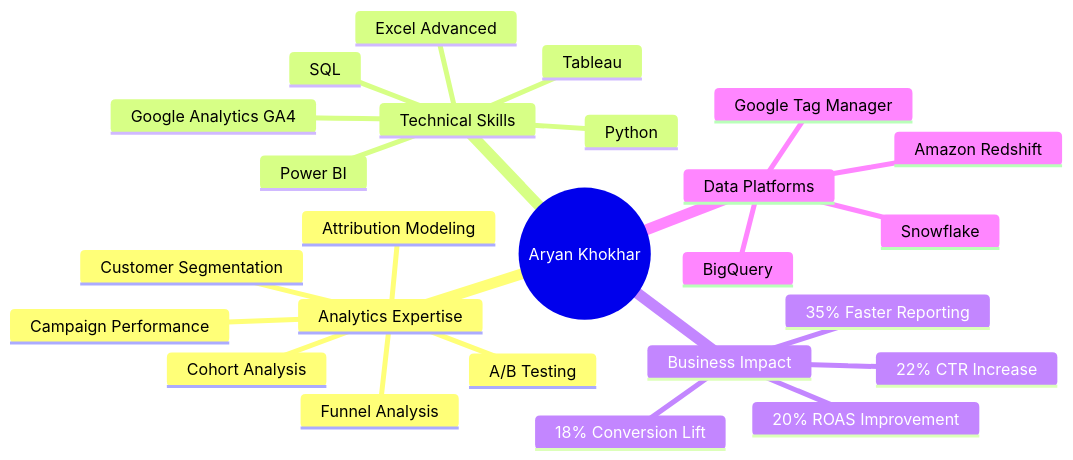
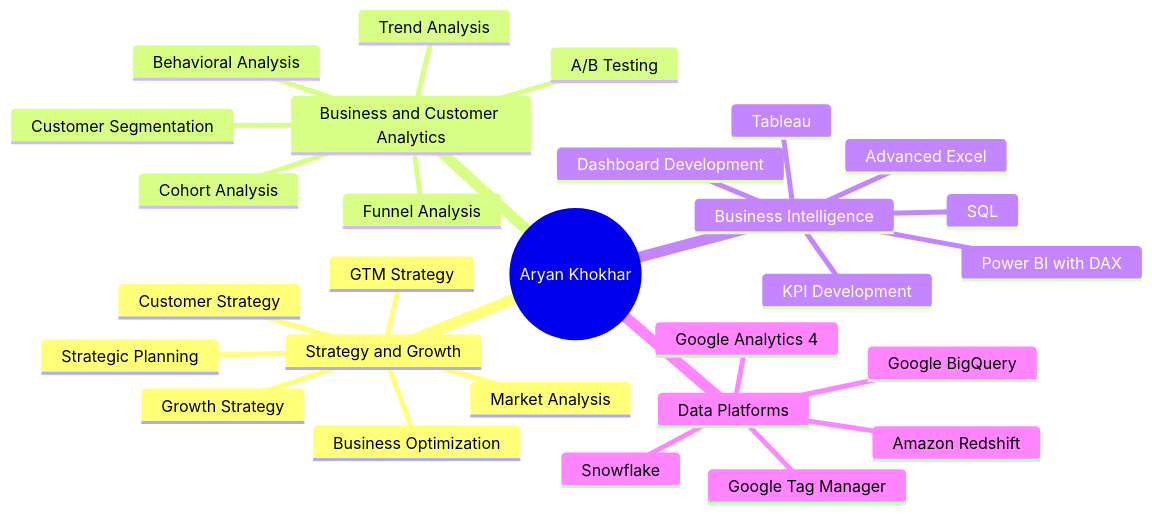
Before and after one commit to aryan131199/aryan131199: the first of 5 diagrams in README.md, drawn with Mermaid. The commit also changed other lines of this file, not shown here.

````diff
--- a/README.md
+++ b/README.md
@@ -32,28 +34,31 @@
 ```mermaid
 mindmap
   root((Aryan Khokhar))
-    Analytics Expertise
-      Campaign Performance
+    Strategy and Growth
+      GTM Strategy
+      Growth Strategy
+      Market Analysis
+      Customer Strategy
+      Strategic Planning
+      Business Optimization
+    Business and Customer Analytics
       Customer Segmentation
       Cohort Analysis
+      Behavioral Analysis
       Funnel Analysis
+      Trend Analysis
       A/B Testing
-      Attribution Modeling
-    Technical Skills
+    Business Intelligence
       SQL
+      Power BI with DAX
       Tableau
-      Power BI
-      Google Analytics GA4
-      Python
-      Excel Advanced
-    Business Impact
-      18% Conversion Lift
-      22% CTR Increase
-      20% ROAS Improvement
-      35% Faster Reporting
+      Advanced Excel
+      KPI Development
+      Dashboard Development
     Data Platforms
+      Google BigQuery
       Snowflake
-      BigQuery
       Amazon Redshift
+      Google Analytics 4
       Google Tag Manager
 ```
````
